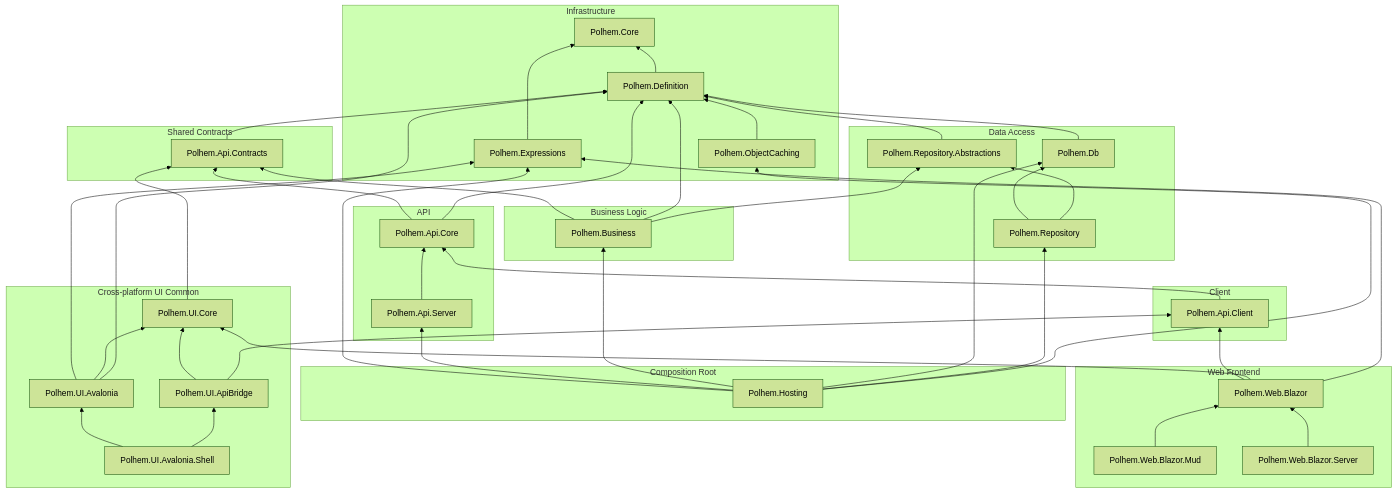
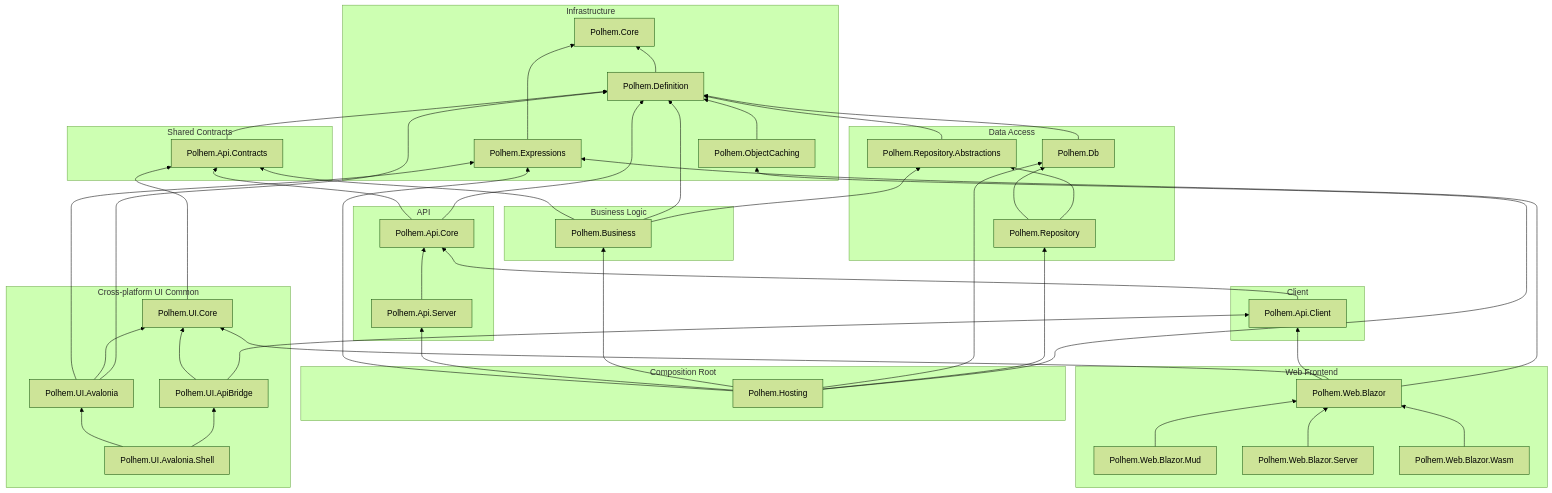
Before and after one commit to polhem-dev/polhem: the diagram in docs/en/architecture/dependency-map.md, drawn with Mermaid (forest theme). The commit also changed other lines of this file and 61 other files, not shown here.

First line of the commit message:
Add the Blazor WebAssembly host and a Northwind head on it (#277)

````diff
--- a/docs/en/architecture/dependency-map.md
+++ b/docs/en/architecture/dependency-map.md
@@ -59,6 +59,7 @@
     BlazorShared["Polhem.Web.Blazor"]
     BlazorMud["Polhem.Web.Blazor.Mud"]
     BlazorSrv["Polhem.Web.Blazor.Server"]
+    BlazorWasm["Polhem.Web.Blazor.Wasm"]
   end
 
   Definition --> Base
@@ -95,4 +96,5 @@
   BlazorShared --> Expressions
   BlazorMud --> BlazorShared
   BlazorSrv --> BlazorShared
+  BlazorWasm --> BlazorShared
 ```
````
